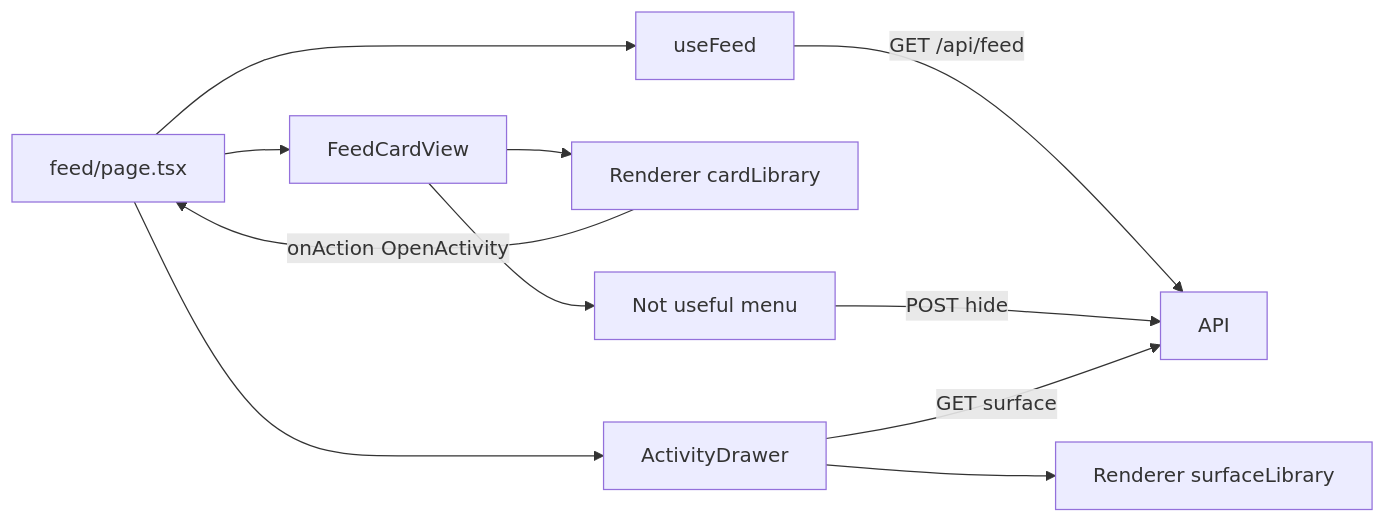
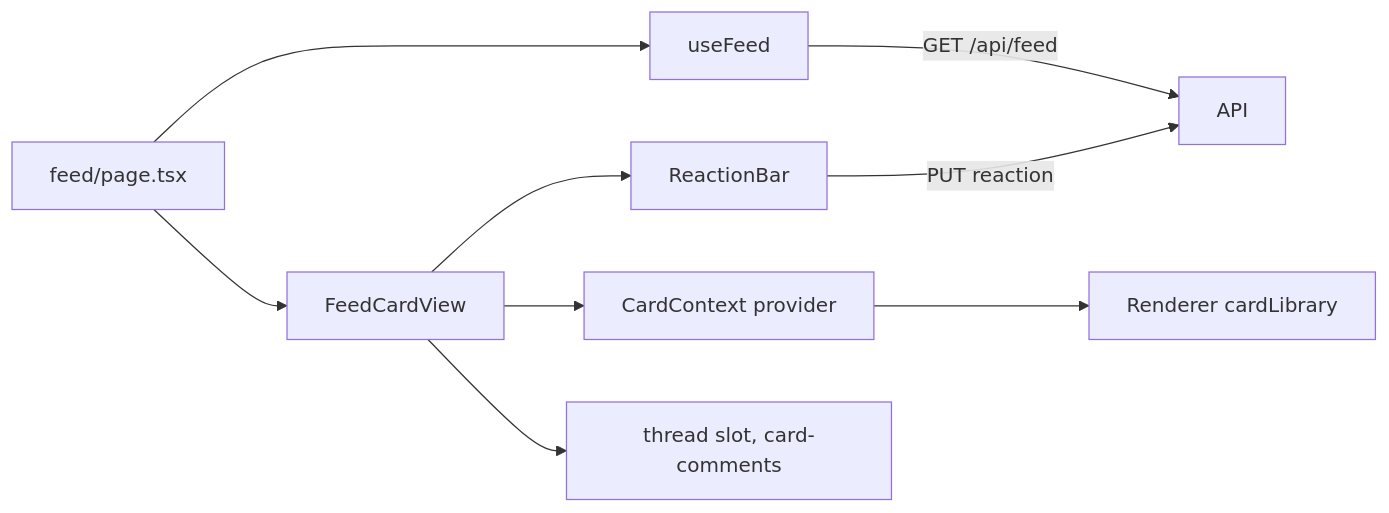
The diagram in openspec/changes/feed-v1/design.md (sdevikar/lifekit), drawn with Mermaid before and after one commit. The commit also changed other lines of this file and 24 other files, not shown here.

````diff
--- a/openspec/changes/feed-v1/design.md
+++ b/openspec/changes/feed-v1/design.md
@@ -99,13 +100,11 @@
 ```mermaid
 flowchart LR
   P[feed/page.tsx] --> H[useFeed]
   H -->|GET /api/feed| API
   P --> F[FeedCardView]
-  F --> R1[Renderer cardLibrary]
-  R1 -- onAction OpenActivity --> P
-  F --> M[Not useful menu]
-  M -->|POST hide| API
-  P --> D[ActivityDrawer]
-  D -->|GET surface| API
-  D --> R2[Renderer surfaceLibrary]
+  F --> X[CardContext provider]
+  X --> R[Renderer cardLibrary]
+  F --> B[ReactionBar]
+  B -->|PUT reaction| API
+  F --> S[thread slot, card-comments]
 ```
````
